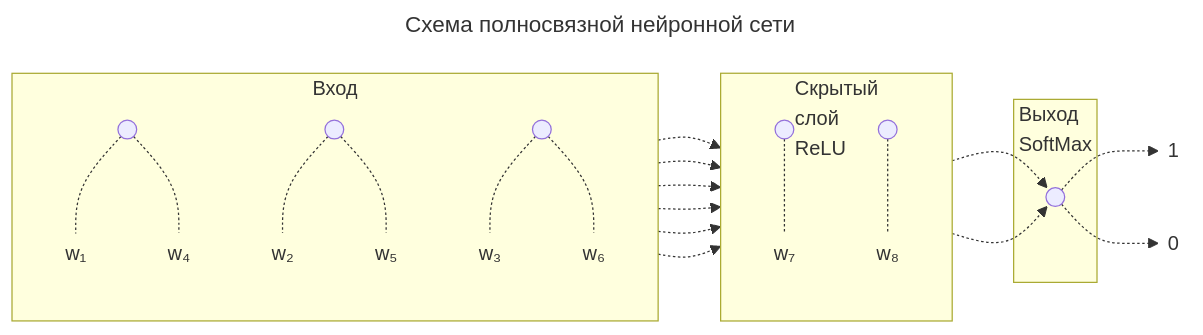
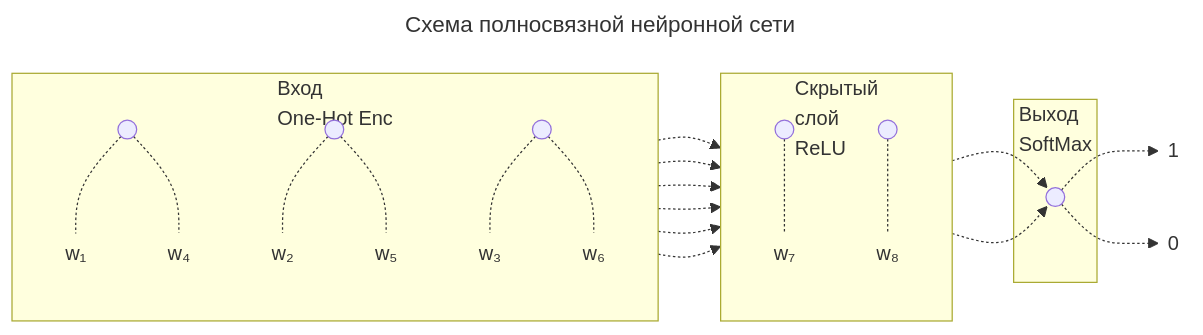
Before and after one commit to denisbolshakoff/Automation_of_prereview_of_scientific_manuscripts: the diagram in readme.md, drawn with Mermaid.

Commit message:
исправлен readme.md файл

````diff
--- a/readme.md
+++ b/readme.md
@@ -29,56 +29,56 @@
 ```mermaid
 ---
 title: Схема полносвязной нейронной сети
 ---
 
 graph LR
 
 classDef nofill fill:none, stroke:none;
 
 
-    subgraph Clients[Вход]
+    subgraph Clients[Вход</br>One-Hot Enc]
         direction TB
 	 A1((" ")) 
 	 A2((" "))
 	 A3((" "))
 	 L1(("w₁")):::nofill
 	 L2(("w₂")):::nofill
 	 L3(("w₃")):::nofill
 	 L4(("w₄")):::nofill
 	 L5(("w₅")):::nofill
 	 L6(("w₆")):::nofill
  	end
 
 	subgraph Hidden[Скрытый<br/>слой<br/>ReLU]
 	direction TB
 	 B1((" "))
 	 B2((" "))
 	 L7(("w₇")):::nofill
 	 L8(("w₈")):::nofill
 	end
 
 	subgraph exit[Выход<br/>SoftMax]
 	 C1((" "))
 	end
 
 
 	L9(("1")):::nofill
 	L10(("0")):::nofill
 	
 	 A1 -.-L1-.-> B1
 	 A2 -.-L2-.-> B1
 	 A3 -.-L3-.-> B1
 
 	 A1-.-L4-.->B2
 	 A2-.-L5-.->B2
 	 A3-.-L6-.->B2
 
 
 	 C1 -.-> L9
 	 C1 -.-> L10
 
 
 	 B1-.-L7-.->C1
 	 B2-.-L8-.->C1
 
 ```
````
